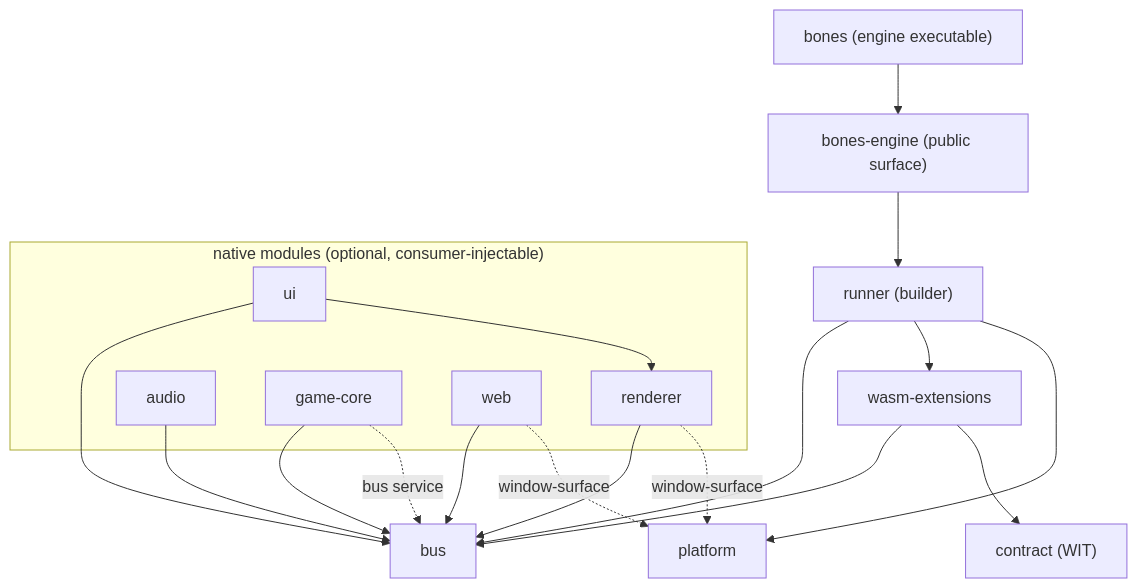
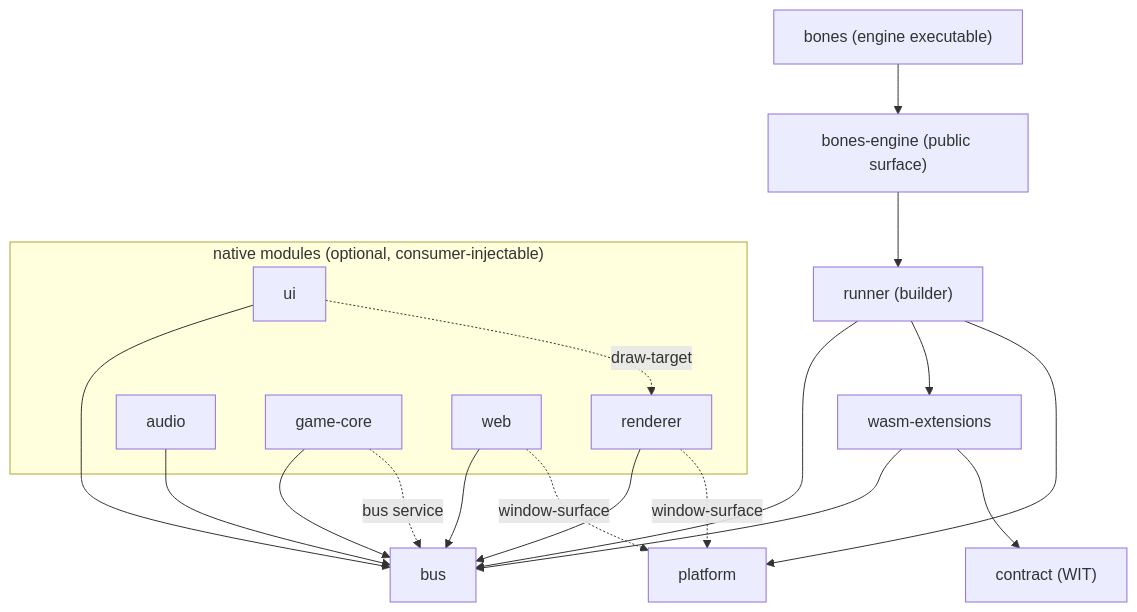
One commit to an-dr/bones changed the diagram in docs/structure.md. Above: the diagram before and after it, drawn with Mermaid. The commit also changed other lines of this file and 43 other files, not shown here.

````diff
--- a/docs/structure.md
+++ b/docs/structure.md
@@ -46,26 +46,26 @@
 ```mermaid
 graph TD
     App["bones (engine executable)"] --> Facade["bones-engine (public surface)"]
     Facade --> Runner["runner (builder)"]
     Runner --> Bus["bus"]
     Runner --> WasmExtensions["wasm-extensions"]
     Runner --> Platform["platform"]
     WasmExtensions --> Bus
     WasmExtensions --> Contract["contract (WIT)"]
     subgraph Modules["native modules (optional, consumer-injectable)"]
         Renderer["renderer"]
         UI["ui"]
         Audio["audio"]
         GameCore["game-core"]
         Web["web"]
     end
     Renderer --> Bus
     UI --> Bus
-    UI --> Renderer
     Audio --> Bus
     GameCore --> Bus
     Web --> Bus
     Renderer -. "window-surface" .-> Platform
+    UI -. "draw-target" .-> Renderer
     GameCore -. "bus service" .-> Bus
     Web -. "window-surface" .-> Platform
 ```
````
